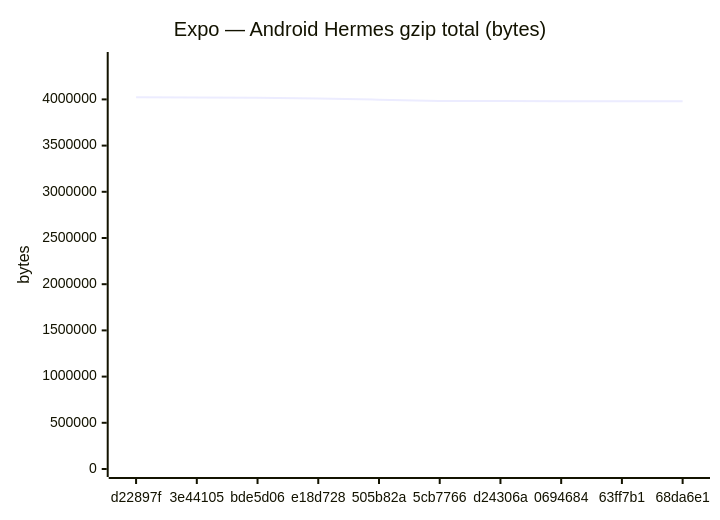
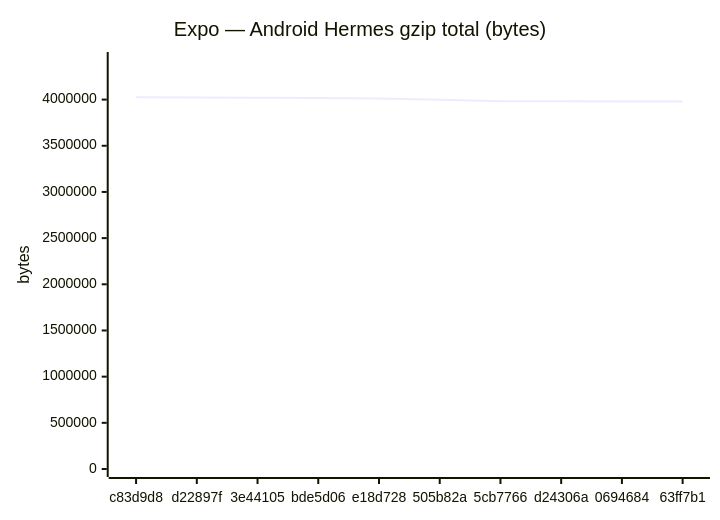
Before and after one commit to Metaheurist/Rianell: the fifth of 18 diagrams in benchmarks/compare.md, drawn with Mermaid. The commit also changed other lines of this file and 11 other files, not shown here.

````diff
--- a/benchmarks/compare.md
+++ b/benchmarks/compare.md
@@ -89,7 +89,7 @@
 ```mermaid
 xychart-beta
     title "Expo — Android Hermes gzip total (bytes)"
-    x-axis ["d22897f", "3e44105", "bde5d06", "e18d728", "505b82a", "5cb7766", "d24306a", "0694684", "63ff7b1", "68da6e1"]
-    y-axis "bytes" 0 --> 4426366
-    line [4023969, 4020690, 4016661, 4010565, 3997221, 3982594, 3982590, 3979178, 3979178, 3979178]
+    x-axis ["c83d9d8", "d22897f", "3e44105", "bde5d06", "e18d728", "505b82a", "5cb7766", "d24306a", "0694684", "63ff7b1"]
+    y-axis "bytes" 0 --> 4428693
+    line [4026084, 4023969, 4020690, 4016661, 4010565, 3997221, 3982594, 3982590, 3979178, 3979178]
 ```
````
